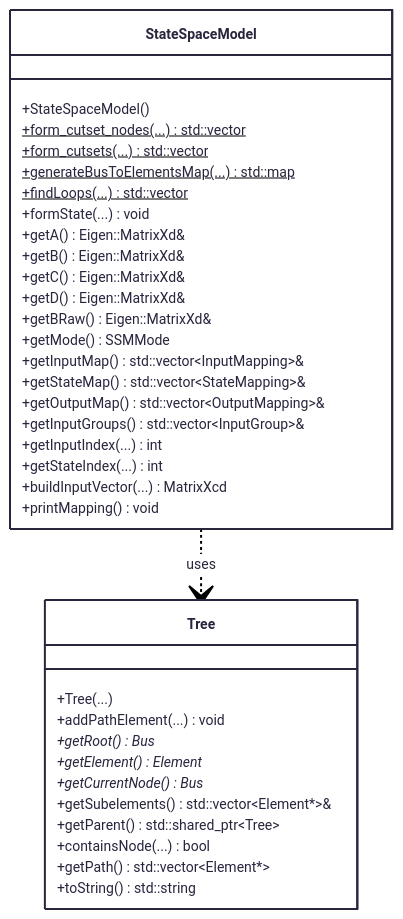
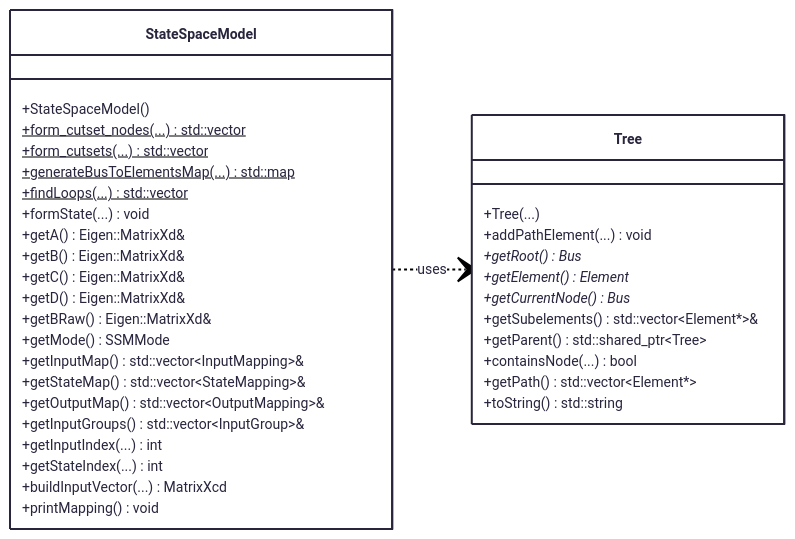
Before and after one commit to yiquintero/tmp: the tenth of 10 diagrams in class_diagram.md, drawn with Mermaid. The commit also changed other lines of this file, not shown here.

First line of the commit message:
Remove themeVariables from class diagram configuration

````diff
--- a/class_diagram.md
+++ b/class_diagram.md
@@ -402,46 +394,47 @@
 ```mermaid
 ---
 config:
   theme: redux-color
   class:
     hideEmptyMembersBox: true
 ---
 classDiagram
+ direction LR
   
   class StateSpaceModel {
         +StateSpaceModel()
         +form_cutset_nodes(...) std::vector$
         +form_cutsets(...) std::vector$
         +generateBusToElementsMap(...) std::map$
         +findLoops(...) std::vector$
         +formState(...) void
         +getA() Eigen::MatrixXd&
         +getB() Eigen::MatrixXd&
         +getC() Eigen::MatrixXd&
         +getD() Eigen::MatrixXd&
         +getBRaw() Eigen::MatrixXd&
         +getMode() SSMMode
         +getInputMap() std::vector~InputMapping~&
         +getStateMap() std::vector~StateMapping~&
         +getOutputMap() std::vector~OutputMapping~&
         +getInputGroups() std::vector~InputGroup~&
         +getInputIndex(...) int
         +getStateIndex(...) int
         +buildInputVector(...) MatrixXcd
         +printMapping() void
     }
 
     class Tree {
         +Tree(...)
         +addPathElement(...) void
         +getRoot() Bus*
         +getElement() Element*
         +getCurrentNode() Bus*
         +getSubelements() std::vector~Element*~&
         +getParent() std::shared_ptr~Tree~
         +containsNode(...) bool
         +getPath() std::vector~Element*~
         +toString() std::string
     }
     StateSpaceModel ..> Tree : uses
 ```
````
